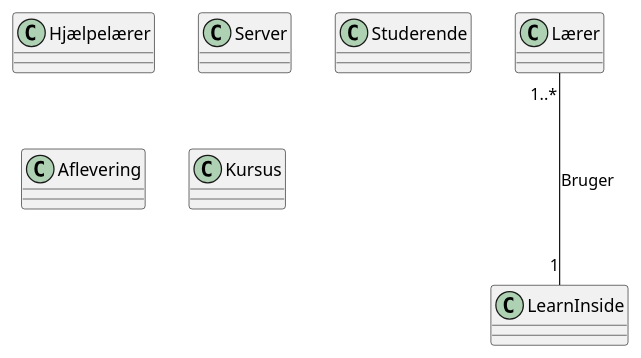
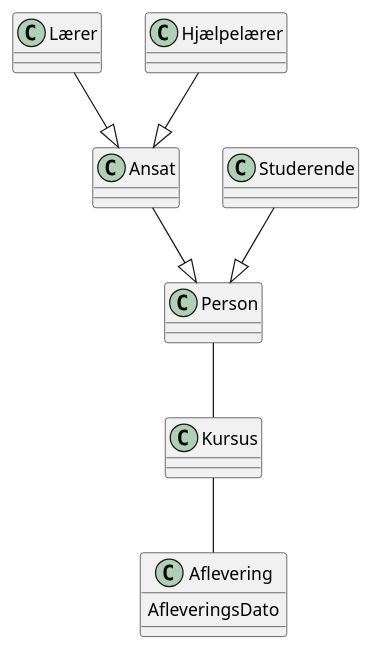
Before and after one commit to SkumJustEatMe/Ugeopgaver: the diagram in Ugeopgave Domain model/src/DomainModel.puml, drawn with PlantUML.

Commit message:
Færdig med modellen

```diff
--- a/Ugeopgave Domain model/src/DomainModel.puml
+++ b/Ugeopgave Domain model/src/DomainModel.puml
@@ -1,16 +1,22 @@
 @startuml
 'https://plantuml.com/class-diagram
 
 
 Class Lærer
 Class Hjælpelærer
-Class LearnInside
-Class Server
 Class Studerende
-Class Aflevering
+Class Ansat
+Class Aflevering{
+AfleveringsDato
+}
 Class Kursus
+Class Person
 
-Lærer "1..*" --- "1" LearnInside : Bruger
-
+Lærer --|> Ansat
+Studerende  --|> Person
+Hjælpelærer --|> Ansat
+Ansat --|> Person
+Kursus -- Aflevering
+Person -- Kursus
 
 @enduml
```
